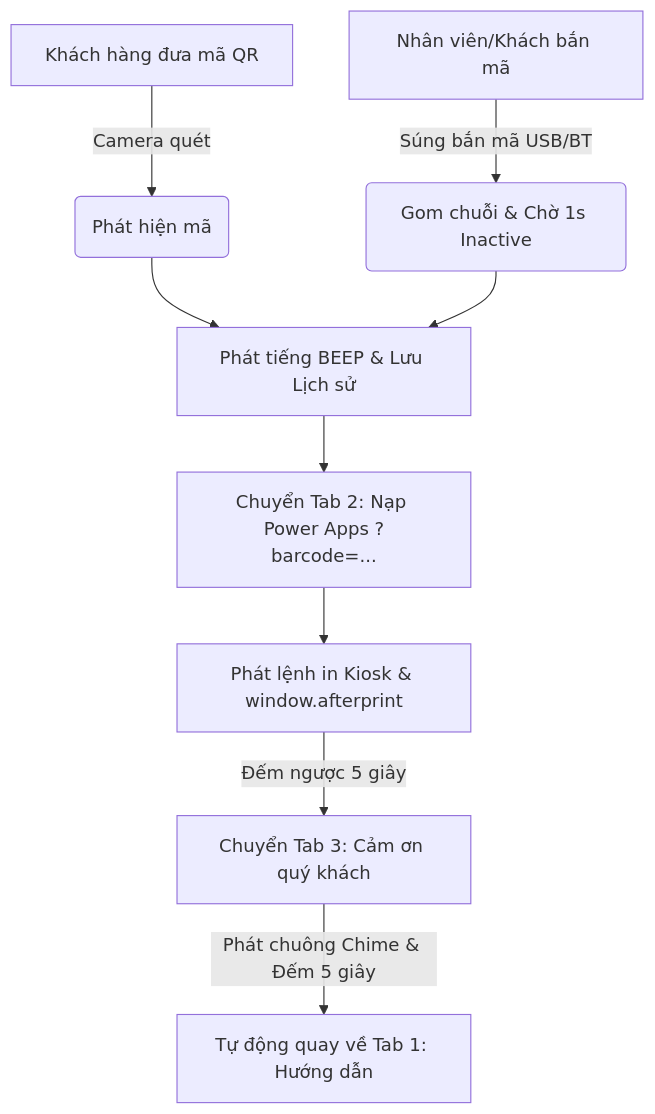
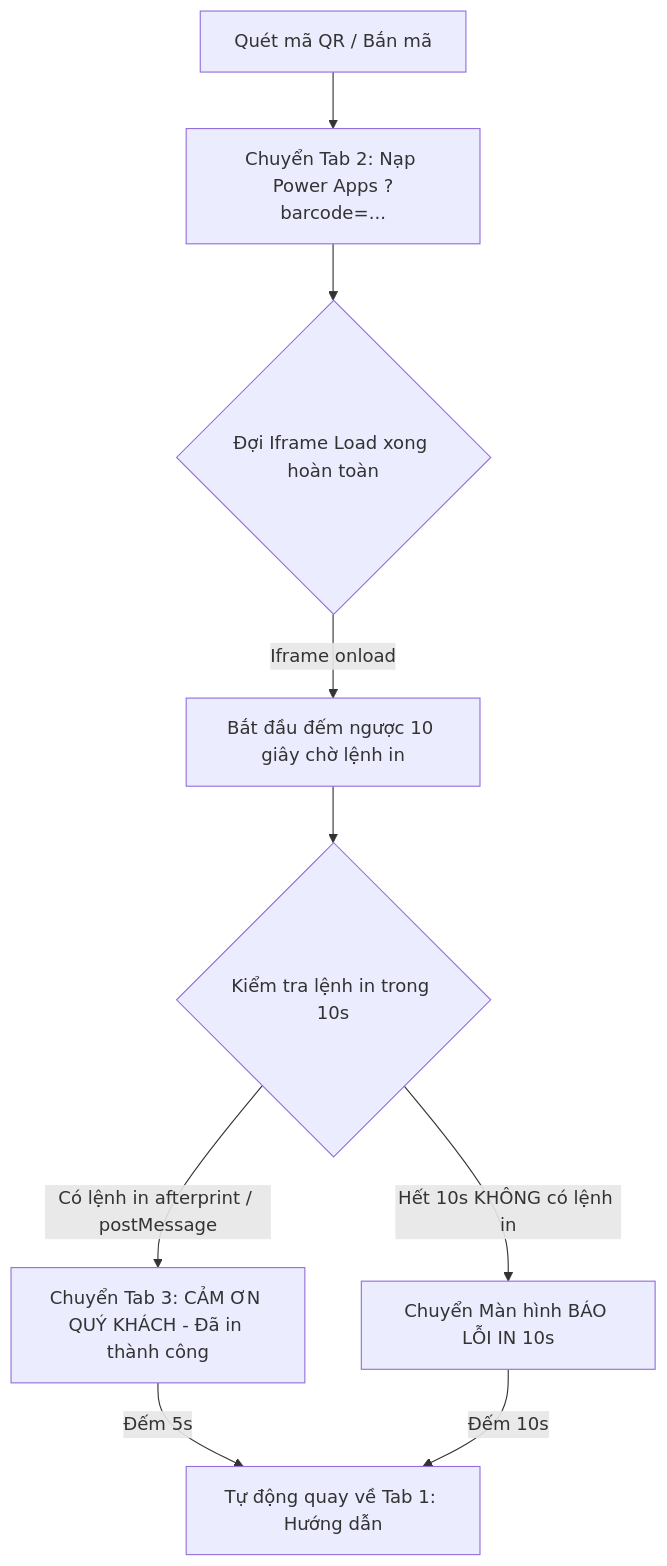
The diagram in README.md (CloudHoang/HTML5-Scanner), drawn with Mermaid before and after one commit. The commit also changed other lines of this file and 5 other files, not shown here.

````diff
--- a/README.md
+++ b/README.md
@@ -58,13 +10,11 @@
 ```mermaid
 flowchart TD
-    A[Khách hàng đưa mã QR] -->|Camera quét| B(Phát hiện mã)
-    C[Nhân viên/Khách bắn mã] -->|Súng bắn mã USB/BT| D(Gom chuỗi & Chờ 1s Inactive)
-    
-    B --> E[Phát tiếng BEEP & Lưu Lịch sử]
-    D --> E
-    
-    E --> F[Chuyển Tab 2: Nạp Power Apps ?barcode=...]
-    F --> G[Phát lệnh in Kiosk & window.afterprint]
-    G -->|Đếm ngược 5 giây| H[Chuyển Tab 3: Cảm ơn quý khách]
-    H -->|Phát chuông Chime & Đếm 5 giây| I[Tự động quay về Tab 1: Hướng dẫn]
+    A[Quét mã QR / Bắn mã] --> B[Chuyển Tab 2: Nạp Power Apps ?barcode=...]
+    B --> C{Đợi Iframe Load xong hoàn toàn}
+    C -->|Iframe onload| D[Bắt đầu đếm ngược 10 giây chờ lệnh in]
+    D --> E{Kiểm tra lệnh in trong 10s}
+    E -->|Có lệnh in afterprint / postMessage| F[Chuyển Tab 3: CẢM ƠN QUÝ KHÁCH - Đã in thành công]
+    E -->|Hết 10s KHÔNG có lệnh in| G[Chuyển Màn hình BÁO LỖI IN 10s]
+    F -->|Đếm 5s| H[Tự động quay về Tab 1: Hướng dẫn]
+    G -->|Đếm 10s| H
 ```
````
